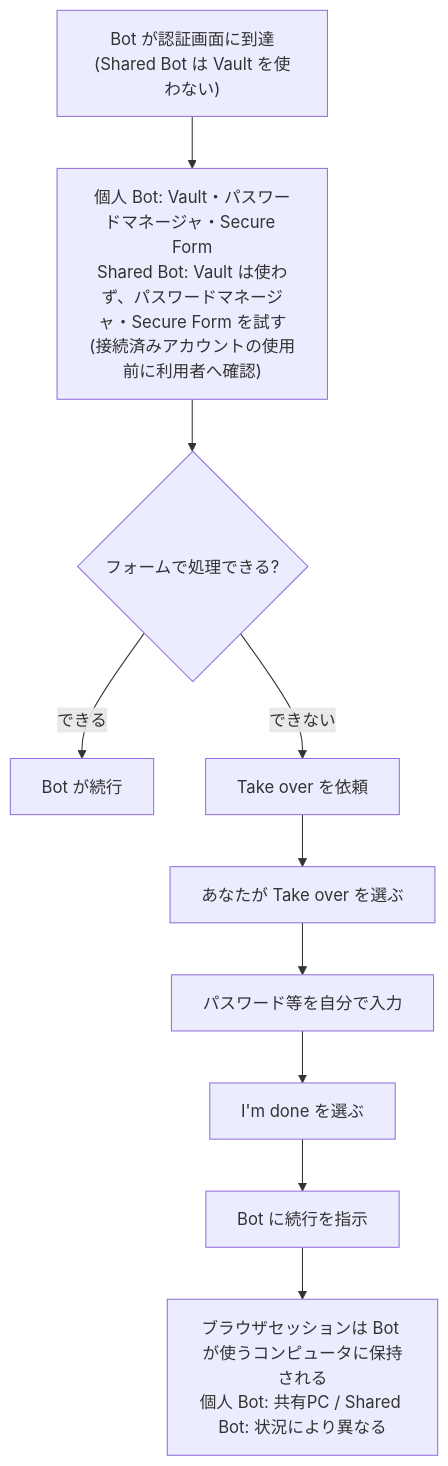
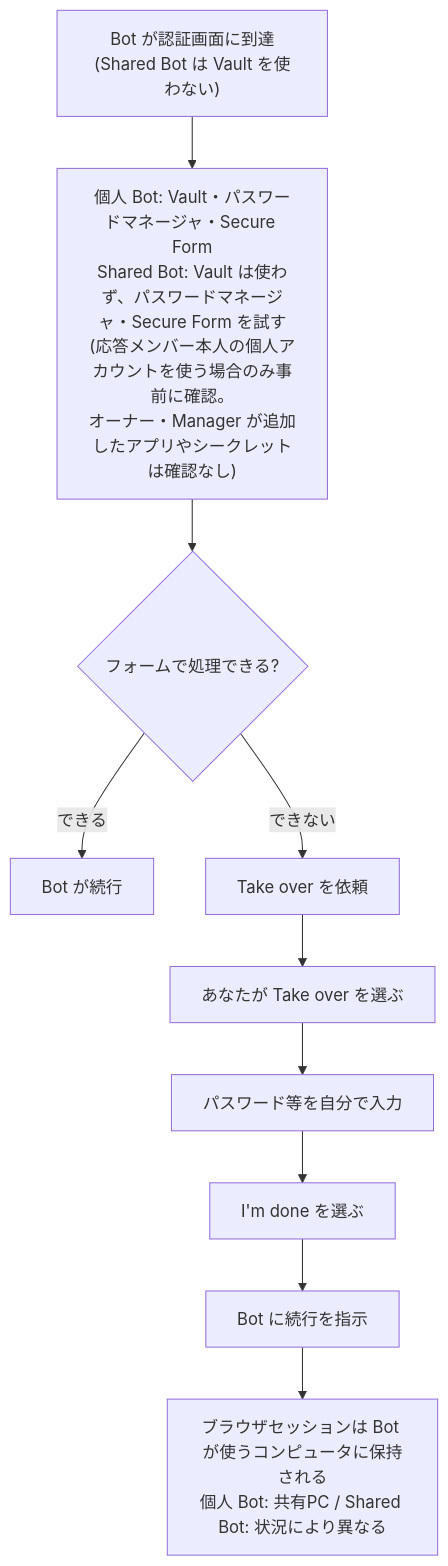
Before and after one commit to myoshi2891/Comparison-of-LLMs: the fifth of 11 diagrams in Xai-grok-bot-guide.md, drawn with Mermaid. The commit also changed other lines of this file, not shown here.

Commit message:
docs(xai): limit Shared Bot account confirmation to the responding member's personal account

````diff
--- a/Xai-grok-bot-guide.md
+++ b/Xai-grok-bot-guide.md
@@ -332,12 +332,12 @@
 ```mermaid
 flowchart TD
-    A["Bot が認証画面に到達<br/>(Shared Bot は Vault を使わない)"] --> V["個人 Bot: Vault・パスワードマネージャ・Secure Form<br/>Shared Bot: Vault は使わず、パスワードマネージャ・Secure Form を試す<br/>(接続済みアカウントの使用前に利用者へ確認)"]
+    A["Bot が認証画面に到達<br/>(Shared Bot は Vault を使わない)"] --> V["個人 Bot: Vault・パスワードマネージャ・Secure Form<br/>Shared Bot: Vault は使わず、パスワードマネージャ・Secure Form を試す<br/>(応答メンバー本人の個人アカウントを使う場合のみ事前に確認。<br/>オーナー・Manager が追加したアプリやシークレットは確認なし)"]
     V --> Q{"フォームで処理できる?"}
     Q -- "できる" --> OK["Bot が続行"]
     Q -- "できない" --> B["Take over を依頼"]
     B --> C["あなたが Take over を選ぶ"]
     C --> D["パスワード等を自分で入力"]
     D --> E["I'm done を選ぶ"]
     E --> F["Bot に続行を指示"]
     F --> G["ブラウザセッションは Bot が使うコンピュータに保持される<br/>個人 Bot: 共有PC / Shared Bot: 状況により異なる"]
 ```
````
